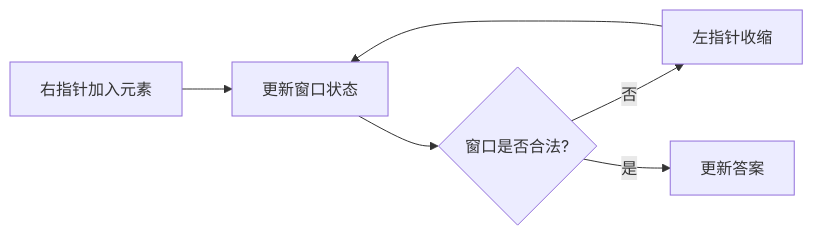
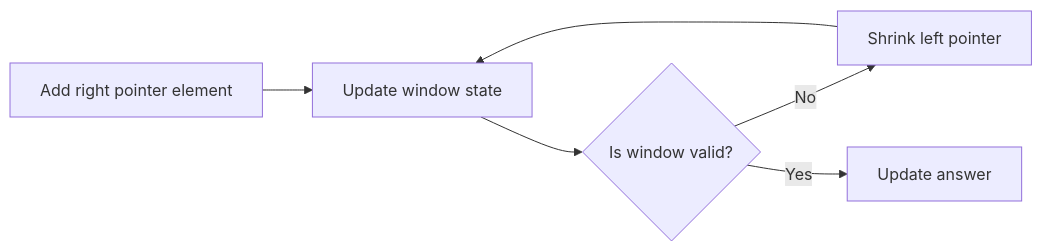
Before and after one commit to HONGLEI111/hhlblog-global: the first of 2 diagrams in src/content/technology/sliding-window.md, drawn with Mermaid. The commit also changed other lines of this file and 33 other files, not shown here.

First line of the commit message:
content(code): 翻译 mermaid 图节点标签（34 文件 / 267 处）

````diff
--- a/src/content/technology/sliding-window.md
+++ b/src/content/technology/sliding-window.md
@@ -44,8 +44,8 @@
 ```mermaid
 graph LR
-    A[右指针加入元素] --> B[更新窗口状态]
-    B --> C{窗口是否合法?}
-    C -->|否| D[左指针收缩]
+    A[Add right pointer element] --> B[Update window state]
+    B --> C{Is window valid?}
+    C -->|No| D[Shrink left pointer]
     D --> B
-    C -->|是| E[更新答案]
+    C -->|Yes| E[Update answer]
 ```
````
